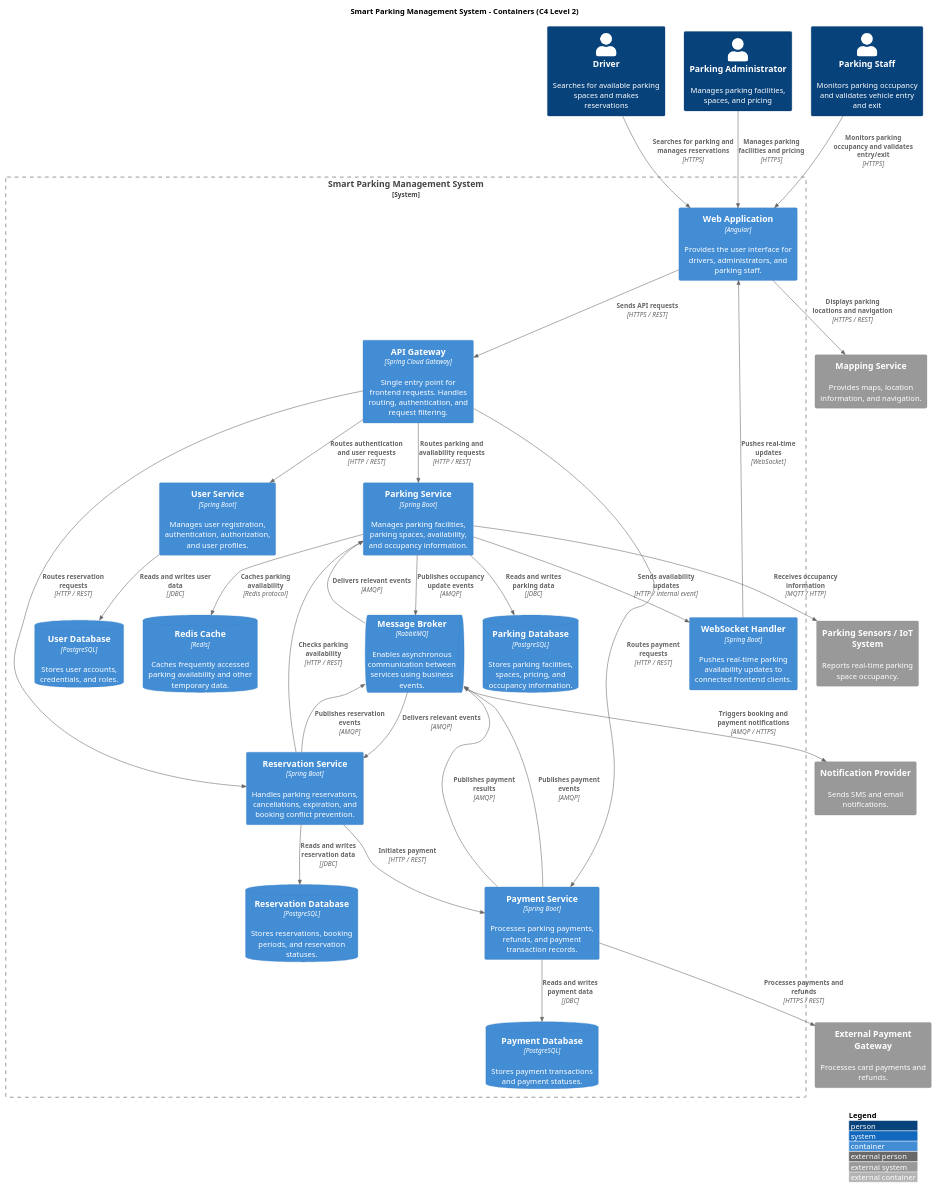
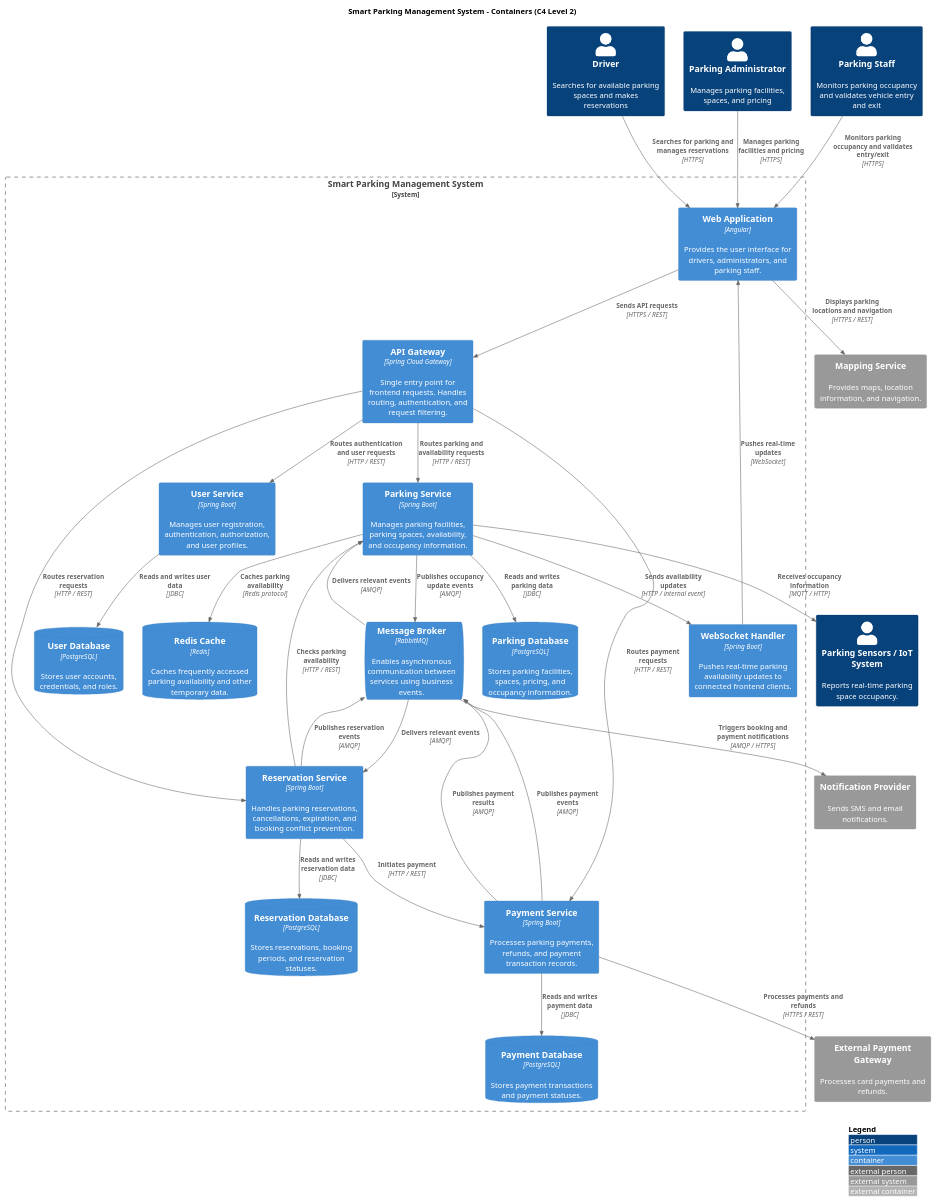
Before and after one commit to GhadahAlsuhaibani/smart-parking-system: the diagram in docs/container.puml, drawn with PlantUML. The commit also changed 1 other file, not shown here.

Commit message:
edit IoT to Person

```diff
--- a/docs/container.puml
+++ b/docs/container.puml
@@ -2,125 +2,125 @@
 @startuml containers
 
 ' Load the C4 shapes for a Level 2 container diagram.
 !include <C4/C4_Container>
 
 ' Diagram title.
 title Smart Parking Management System - Containers (C4 Level 2)
 
 ' Display a legend explaining the diagram.
 LAYOUT_WITH_LEGEND()
 
 ' Define the people who interact with the system.
 Person(driver, "Driver", "Searches for available parking spaces and makes reservations")
 Person(parking_admin, "Parking Administrator", "Manages parking facilities, spaces, and pricing")
 Person(parking_staff, "Parking Staff", "Monitors parking occupancy and validates vehicle entry and exit")
 
 ' Define the main system boundary.
 System_Boundary(parking_system, "Smart Parking Management System") {
 
     ' Frontend application.
     Container(frontend, "Web Application", "Angular", "Provides the user interface for drivers, administrators, and parking staff.")
 
     ' API Gateway.
     Container(gateway, "API Gateway", "Spring Cloud Gateway", "Single entry point for frontend requests. Handles routing, authentication, and request filtering.")
 
     ' Backend microservices.
     Container(user_service, "User Service", "Spring Boot", "Manages user registration, authentication, authorization, and user profiles.")
 
     Container(parking_service, "Parking Service", "Spring Boot", "Manages parking facilities, parking spaces, availability, and occupancy information.")
 
     Container(reservation_service, "Reservation Service", "Spring Boot", "Handles parking reservations, cancellations, expiration, and booking conflict prevention.")
 
     Container(payment_service, "Payment Service", "Spring Boot", "Processes parking payments, refunds, and payment transaction records.")
 
     ' Databases owned by individual services.
     ContainerDb(user_db, "User Database", "PostgreSQL", "Stores user accounts, credentials, and roles.")
 
     ContainerDb(parking_db, "Parking Database", "PostgreSQL", "Stores parking facilities, spaces, pricing, and occupancy information.")
 
     ContainerDb(reservation_db, "Reservation Database", "PostgreSQL", "Stores reservations, booking periods, and reservation statuses.")
 
     ContainerDb(payment_db, "Payment Database", "PostgreSQL", "Stores payment transactions and payment statuses.")
 
     ' Infrastructure components.
     ContainerQueue(message_broker, "Message Broker", "RabbitMQ", "Enables asynchronous communication between services using business events.")
 
     ContainerDb(redis, "Redis Cache", "Redis", "Caches frequently accessed parking availability and other temporary data.")
 
     ' Real-time communication.
     Container(websocket, "WebSocket Handler", "Spring Boot", "Pushes real-time parking availability updates to connected frontend clients.")
 }
 
 ' External systems.
 System_Ext(payment_gateway, "External Payment Gateway", "Processes card payments and refunds.")
 
 System_Ext(notification_provider, "Notification Provider", "Sends SMS and email notifications.")
 
-System_Ext(parking_sensors, "Parking Sensors / IoT System", "Reports real-time parking space occupancy.")
+Person(parking_sensors, "Parking Sensors / IoT System", "Reports real-time parking space occupancy.")
 
 System_Ext(mapping_service, "Mapping Service", "Provides maps, location information, and navigation.")
 
 ' User interactions.
 Rel(driver, frontend, "Searches for parking and manages reservations", "HTTPS")
 
 Rel(parking_admin, frontend, "Manages parking facilities and pricing", "HTTPS")
 
 Rel(parking_staff, frontend, "Monitors parking occupancy and validates entry/exit", "HTTPS")
 
 ' Frontend and gateway communication.
 Rel(frontend, gateway, "Sends API requests", "HTTPS / REST")
 
 ' Gateway routing.
 Rel(gateway, user_service, "Routes authentication and user requests", "HTTP / REST")
 
 Rel(gateway, parking_service, "Routes parking and availability requests", "HTTP / REST")
 
 Rel(gateway, reservation_service, "Routes reservation requests", "HTTP / REST")
 
 Rel(gateway, payment_service, "Routes payment requests", "HTTP / REST")
 
 ' Service database interactions.
 Rel(user_service, user_db, "Reads and writes user data", "JDBC")
 
 Rel(parking_service, parking_db, "Reads and writes parking data", "JDBC")
 
 Rel(reservation_service, reservation_db, "Reads and writes reservation data", "JDBC")
 
 Rel(payment_service, payment_db, "Reads and writes payment data", "JDBC")
 
 ' Inter-service synchronous communication.
 Rel(reservation_service, parking_service, "Checks parking availability", "HTTP / REST")
 
 Rel(reservation_service, payment_service, "Initiates payment", "HTTP / REST")
 
 ' Asynchronous communication.
 Rel(parking_service, message_broker, "Publishes occupancy update events", "AMQP")
 
 Rel(reservation_service, message_broker, "Publishes reservation events", "AMQP")
 
 Rel(payment_service, message_broker, "Publishes payment events", "AMQP")
 
 Rel(message_broker, parking_service, "Delivers relevant events", "AMQP")
 
 Rel(message_broker, reservation_service, "Delivers relevant events", "AMQP")
 
 ' Cache interactions.
 Rel(parking_service, redis, "Caches parking availability", "Redis protocol")
 
 ' Real-time updates.
 Rel(parking_service, websocket, "Sends availability updates", "HTTP / internal event")
 
 Rel(websocket, frontend, "Pushes real-time updates", "WebSocket")
 
 ' External integrations.
 Rel(payment_service, payment_gateway, "Processes payments and refunds", "HTTPS / REST")
 
 Rel(payment_service, message_broker, "Publishes payment results", "AMQP")
 
 Rel(parking_service, parking_sensors, "Receives occupancy information", "MQTT / HTTP")
 
 Rel(frontend, mapping_service, "Displays parking locations and navigation", "HTTPS / REST")
 
 Rel(message_broker, notification_provider, "Triggers booking and payment notifications", "AMQP / HTTPS")
 
 @enduml
```
